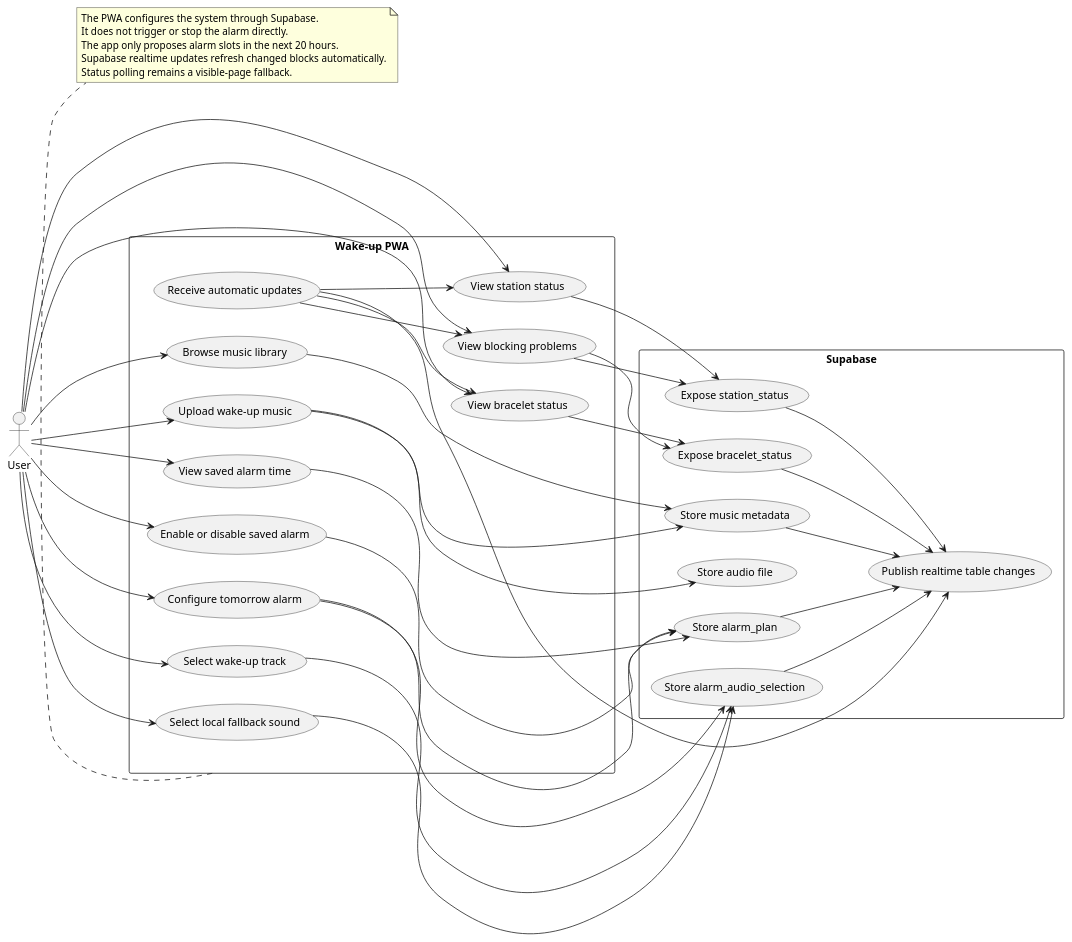
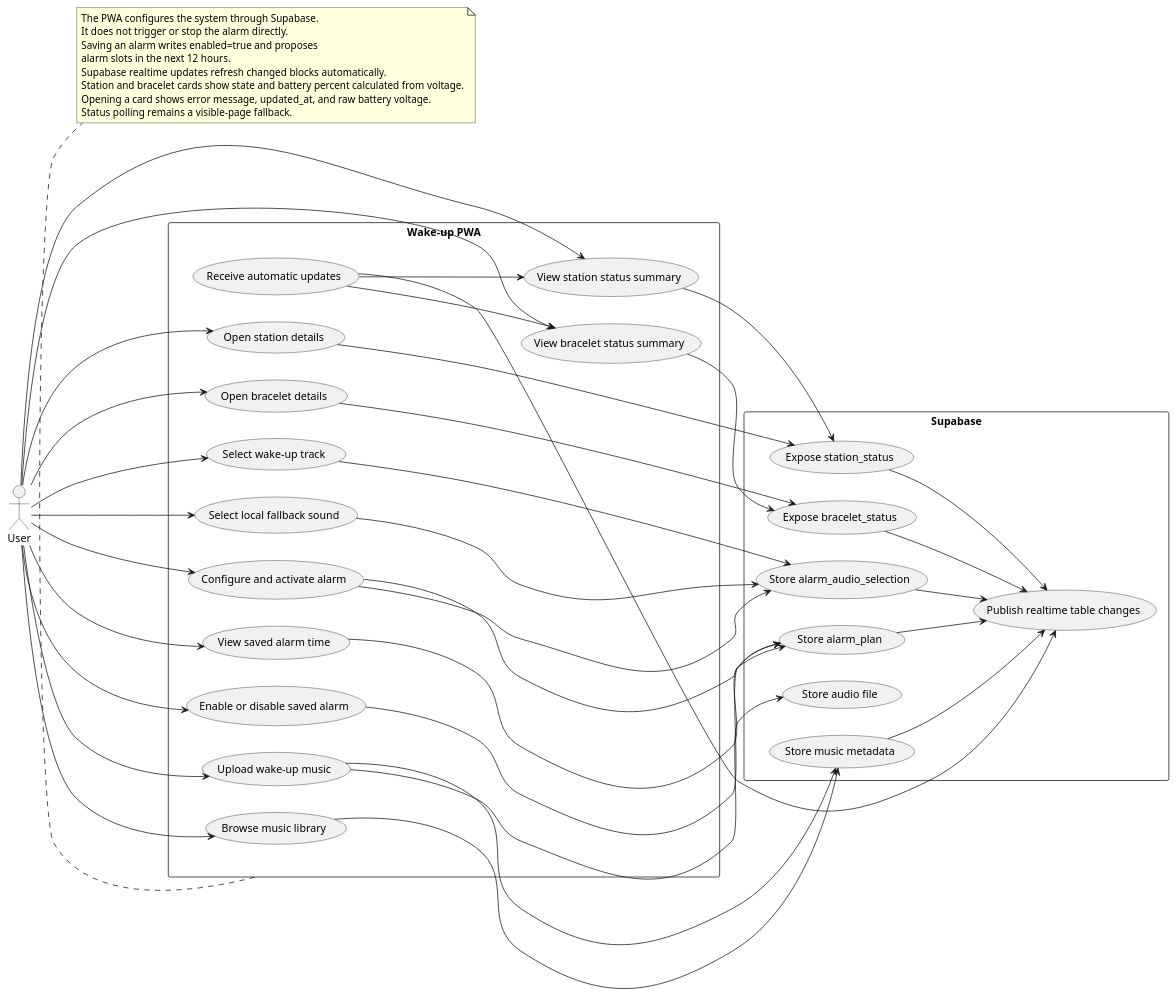
Before and after one commit to Jzn-wbr/Starter: the diagram in code/app mobile/UML/use_cases.puml, drawn with PlantUML. The commit also changed 16 other files, not shown here.

Commit message:
Update alarm status and activity window behavior

```diff
--- a/code/app mobile/UML/use_cases.puml
+++ b/code/app mobile/UML/use_cases.puml
@@ -1,74 +1,78 @@
 @startuml
 left to right direction
 skinparam packageStyle rectangle
 skinparam shadowing false
 
 actor "User" as User
 
 rectangle "Wake-up PWA" {
   usecase "Upload wake-up music" as UploadMusic
   usecase "Browse music library" as BrowseMusic
   usecase "Select wake-up track" as SelectTrack
   usecase "Select local fallback sound" as SelectFallback
-  usecase "Configure tomorrow alarm" as ConfigureAlarm
+  usecase "Configure and activate alarm" as ConfigureAlarm
   usecase "View saved alarm time" as ViewSavedAlarm
   usecase "Enable or disable saved alarm" as ToggleAlarm
-  usecase "View station status" as ViewStationStatus
-  usecase "View bracelet status" as ViewBraceletStatus
-  usecase "View blocking problems" as ViewProblems
+  usecase "View station status summary" as ViewStationStatus
+  usecase "View bracelet status summary" as ViewBraceletStatus
+  usecase "Open station details" as ViewStationDetails
+  usecase "Open bracelet details" as ViewBraceletDetails
   usecase "Receive automatic updates" as ReceiveUpdates
 }
 
 rectangle "Supabase" {
   usecase "Store audio file" as StoreAudio
   usecase "Store music metadata" as StoreMusicMetadata
   usecase "Store alarm_plan" as StoreAlarmPlan
   usecase "Store alarm_audio_selection" as StoreAlarmAudio
   usecase "Expose station_status" as ExposeStationStatus
   usecase "Expose bracelet_status" as ExposeBraceletStatus
   usecase "Publish realtime table changes" as PublishRealtime
 }
 
 User --> UploadMusic
 User --> BrowseMusic
 User --> SelectTrack
 User --> SelectFallback
 User --> ConfigureAlarm
 User --> ViewSavedAlarm
 User --> ToggleAlarm
 User --> ViewStationStatus
 User --> ViewBraceletStatus
-User --> ViewProblems
+User --> ViewStationDetails
+User --> ViewBraceletDetails
 ReceiveUpdates --> ViewStationStatus
 ReceiveUpdates --> ViewBraceletStatus
-ReceiveUpdates --> ViewProblems
 
 UploadMusic --> StoreAudio
 UploadMusic --> StoreMusicMetadata
 BrowseMusic --> StoreMusicMetadata
 SelectTrack --> StoreAlarmAudio
 SelectFallback --> StoreAlarmAudio
 ConfigureAlarm --> StoreAlarmPlan
 ConfigureAlarm --> StoreAlarmAudio
 ViewSavedAlarm --> StoreAlarmPlan
 ToggleAlarm --> StoreAlarmPlan
 ViewStationStatus --> ExposeStationStatus
 ViewBraceletStatus --> ExposeBraceletStatus
-ViewProblems --> ExposeStationStatus
-ViewProblems --> ExposeBraceletStatus
+ViewStationDetails --> ExposeStationStatus
+ViewBraceletDetails --> ExposeBraceletStatus
 ExposeStationStatus --> PublishRealtime
 ExposeBraceletStatus --> PublishRealtime
 StoreAlarmPlan --> PublishRealtime
 StoreAlarmAudio --> PublishRealtime
 StoreMusicMetadata --> PublishRealtime
 ReceiveUpdates --> PublishRealtime
 
 note bottom of "Wake-up PWA"
   The PWA configures the system through Supabase.
   It does not trigger or stop the alarm directly.
-  The app only proposes alarm slots in the next 20 hours.
+  Saving an alarm writes enabled=true and proposes
+  alarm slots in the next 12 hours.
   Supabase realtime updates refresh changed blocks automatically.
+  Station and bracelet cards show state and battery percent calculated from voltage.
+  Opening a card shows error message, updated_at, and raw battery voltage.
   Status polling remains a visible-page fallback.
 end note
 
 @enduml
```
